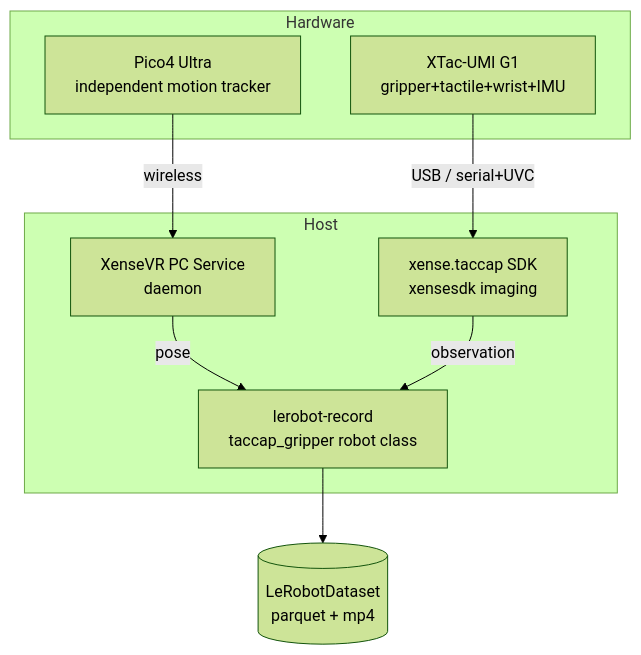
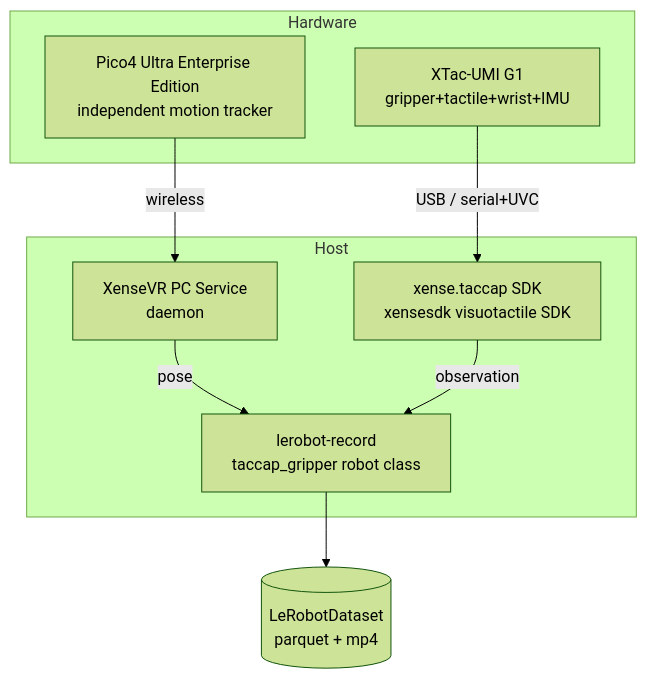
One commit to Vertax42/taccap-gripper-docs changed the diagram in docs/01-overview.en.md. Above: the diagram before and after it, drawn with Mermaid (forest theme). The commit also changed other lines of this file and 4 other files, not shown here.

````diff
--- a/docs/01-overview.en.md
+++ b/docs/01-overview.en.md
@@ -27,17 +27,17 @@
 ```mermaid
 flowchart TB
     subgraph Hardware
       G[XTac-UMI G1<br/>gripper+tactile+wrist+IMU]
-      P[Pico4 Ultra<br/>independent motion tracker]
+      P[Pico4 Ultra Enterprise Edition<br/>independent motion tracker]
     end
     subgraph Host
       PS[XenseVR PC Service<br/>daemon]
-      SDK[xense.taccap SDK<br/>xensesdk imaging]
+      SDK[xense.taccap SDK<br/>xensesdk visuotactile SDK]
       LR[lerobot-record<br/>taccap_gripper robot class]
     end
     G -- USB / serial+UVC --> SDK
     P -- wireless --> PS
     PS -- pose --> LR
     SDK -- observation --> LR
     LR --> DS[(LeRobotDataset<br/>parquet + mp4)]
 ```
````
